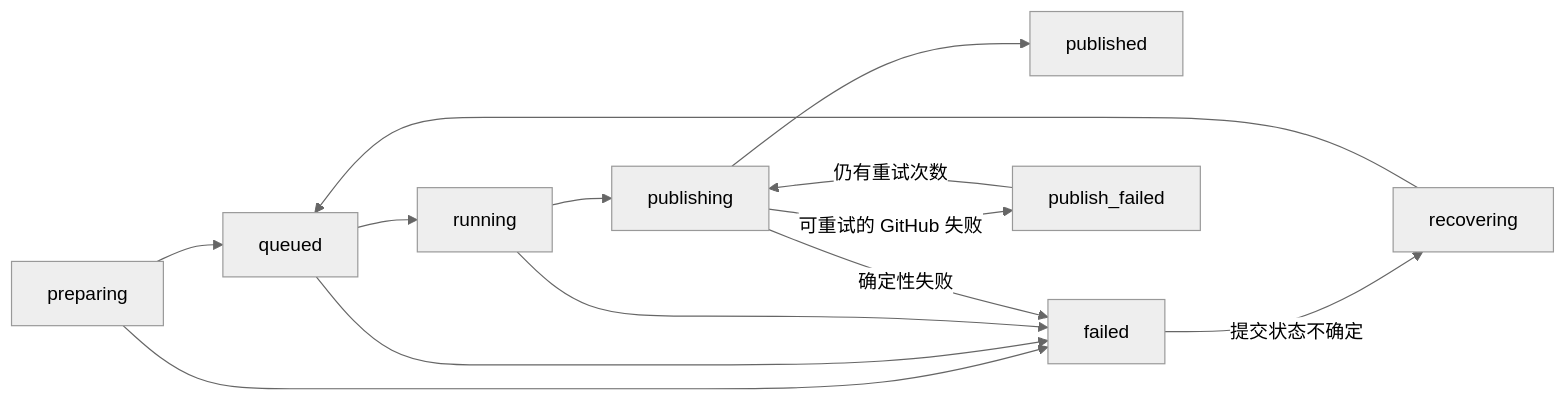
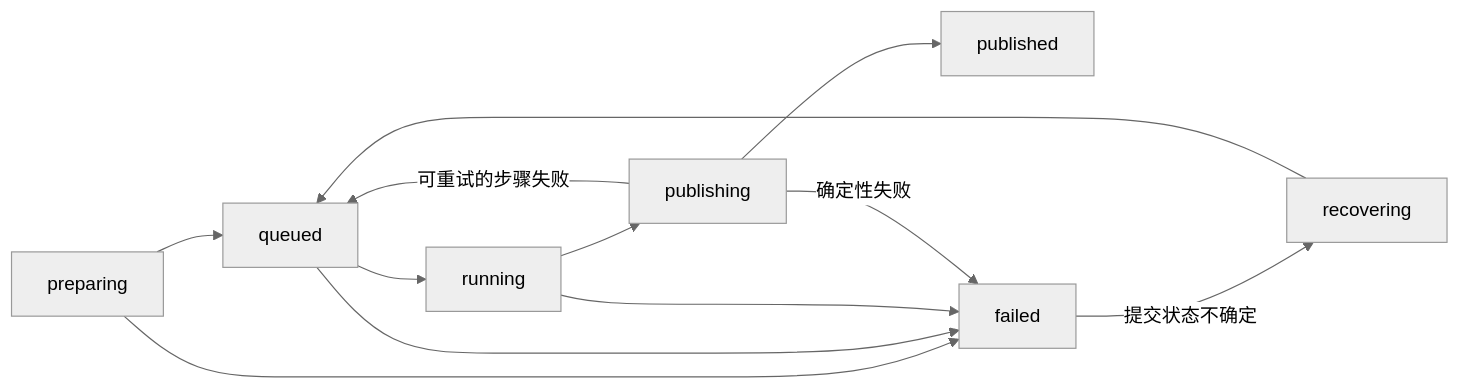
One commit to Agent-AI-Chalmers/sec-review-bot changed the second of 2 diagrams in apps/github-integration/README.zh.md. Above: the diagram before and after it, drawn with Mermaid (neutral theme). The commit also changed other lines of this file and 51 other files, not shown here.

````diff
--- a/apps/github-integration/README.zh.md
+++ b/apps/github-integration/README.zh.md
@@ -227,12 +241,11 @@
 ```mermaid
 flowchart LR
   preparing --> queued --> running --> publishing --> published
   preparing --> failed
   failed -->|提交状态不确定| recovering
   recovering --> queued
   queued --> failed
   running --> failed
   publishing -->|确定性失败| failed
-  publishing -->|可重试的 GitHub 失败| publish_failed
-  publish_failed -->|仍有重试次数| publishing
+  publishing -->|可重试的步骤失败| queued
 ```
````
